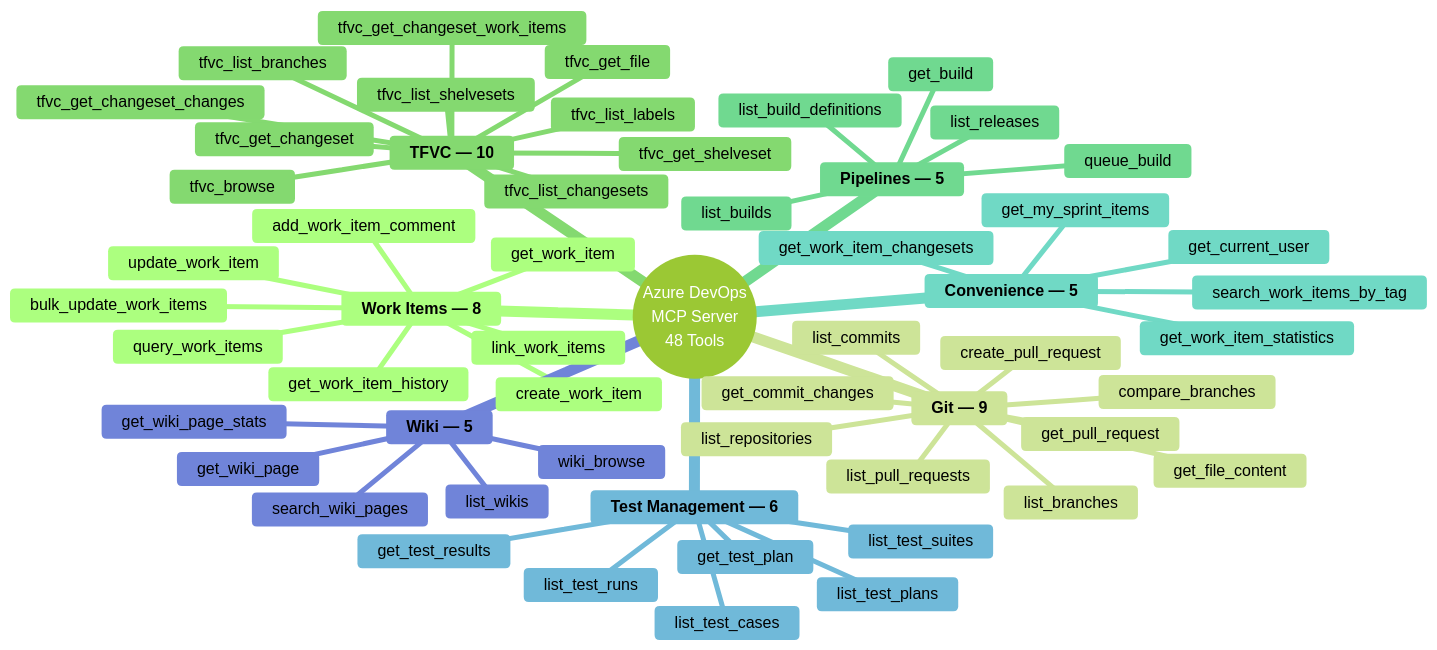
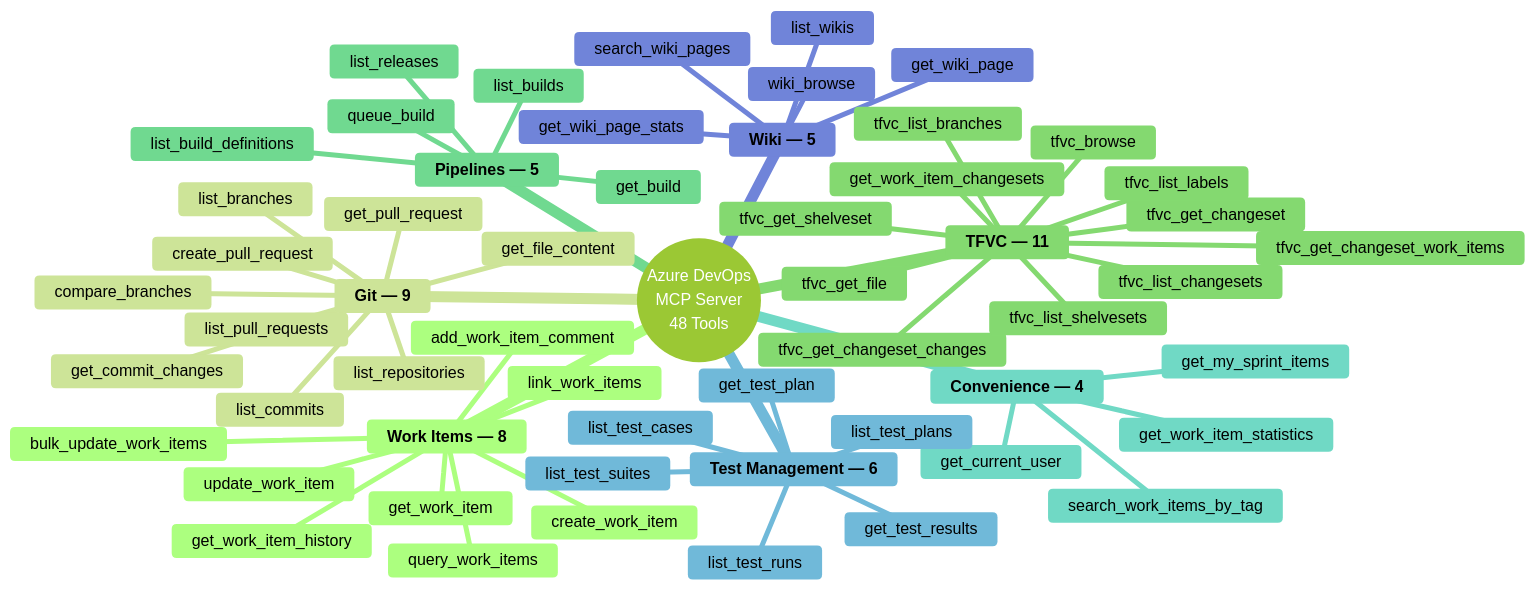
The third of 3 diagrams in README.md (burcusipahioglu/azure-devops-mcp-onprem), drawn with Mermaid (forest theme) before and after one commit. The commit also changed other lines of this file and 2 other files, not shown here.

Commit message:
Move TFVC-specific changeset tool out of convenience domain

````diff
--- a/README.md
+++ b/README.md
@@ -122,59 +122,59 @@
 ```mermaid
 mindmap
   root((Azure DevOps<br/>MCP Server<br/>48 Tools))
     **Work Items — 8**
       query_work_items
       get_work_item
       create_work_item
       update_work_item
       add_work_item_comment
       link_work_items
       get_work_item_history
       bulk_update_work_items
     **Git — 9**
       list_repositories
       list_branches
       get_file_content
       list_pull_requests
       get_pull_request
       create_pull_request
       list_commits
       get_commit_changes
       compare_branches
-    **TFVC — 10**
+    **TFVC — 11**
       tfvc_browse
       tfvc_get_file
       tfvc_get_changeset
       tfvc_list_changesets
       tfvc_get_changeset_changes
       tfvc_get_changeset_work_items
       tfvc_list_branches
       tfvc_list_shelvesets
       tfvc_get_shelveset
       tfvc_list_labels
+      get_work_item_changesets
     **Pipelines — 5**
       list_build_definitions
       queue_build
       get_build
       list_builds
       list_releases
-    **Convenience — 5**
+    **Convenience — 4**
       get_my_sprint_items
       search_work_items_by_tag
       get_work_item_statistics
-      get_work_item_changesets
       get_current_user
     **Test Management — 6**
       list_test_plans
       get_test_plan
       list_test_suites
       list_test_cases
       list_test_runs
       get_test_results
     **Wiki — 5**
       list_wikis
       get_wiki_page
       wiki_browse
       get_wiki_page_stats
       search_wiki_pages
 ```
````
